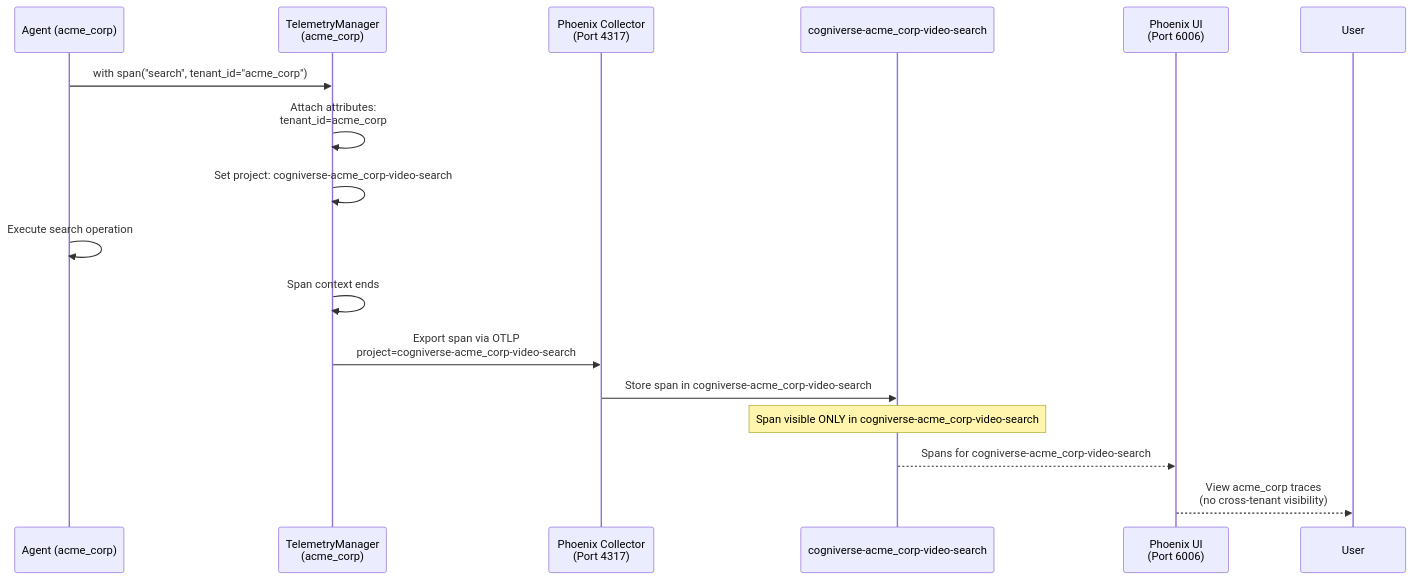
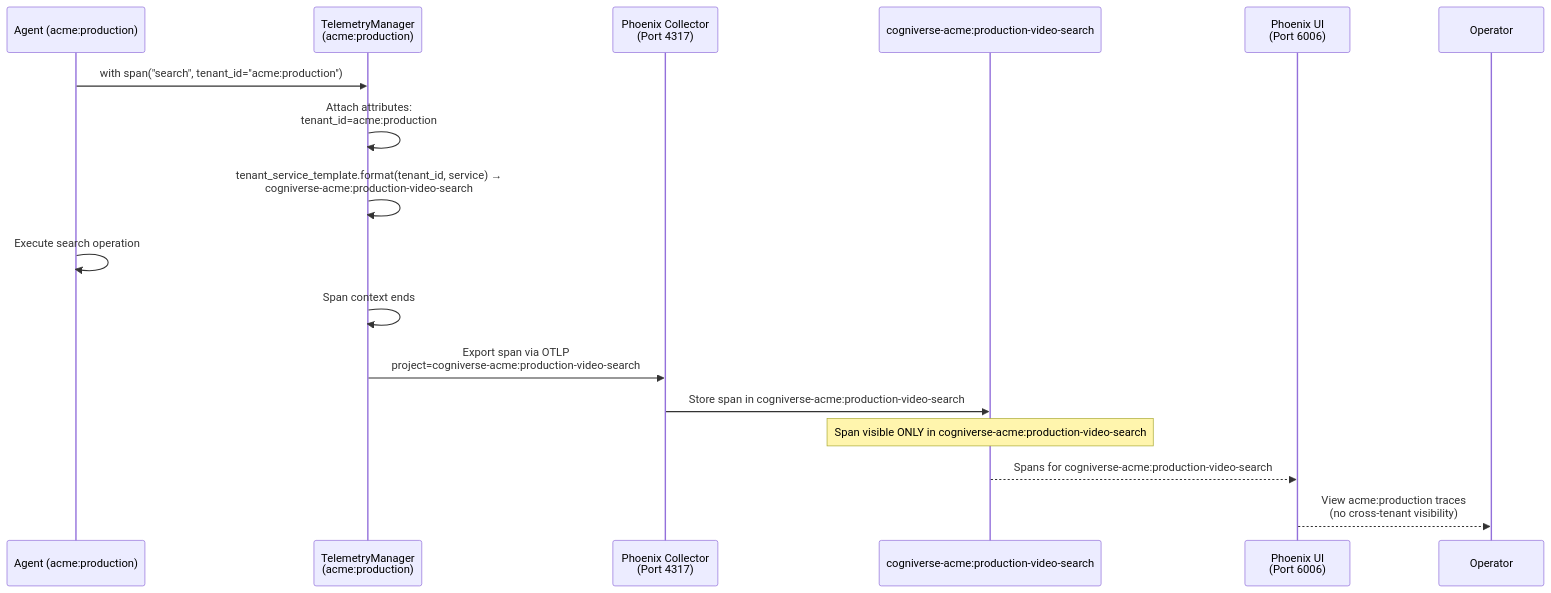
One commit to amit-jain/cogniverse changed diagram 11 of 21 in docs/diagrams/multi-tenant-diagrams.md. Above: the diagram before and after it, drawn with Mermaid. The commit also changed other lines of this file and 50 other files, not shown here.

First line of the commit message:
Complete and verify docs against code with mermaid palette

````diff
--- a/docs/diagrams/multi-tenant-diagrams.md
+++ b/docs/diagrams/multi-tenant-diagrams.md
@@ -487,23 +497,24 @@
 ```mermaid
 sequenceDiagram
-    participant AgentA as Agent (acme_corp)
-    participant TelemetryA as TelemetryManager<br/>(acme_corp)
+    participant AgentA as Agent (acme:production)
+    participant TelemetryA as TelemetryManager<br/>(acme:production)
     participant Phoenix as Phoenix Collector<br/>(Port 4317)
-    participant ProjectA as cogniverse-acme_corp-video-search
+    participant ProjectA as cogniverse-acme:production-video-search
     participant UI as Phoenix UI<br/>(Port 6006)
+    participant Operator as Operator
 
-    AgentA->>TelemetryA: with span("search", tenant_id="acme_corp")
-    TelemetryA->>TelemetryA: Attach attributes:<br/>tenant_id=acme_corp
-    TelemetryA->>TelemetryA: Set project: cogniverse-acme_corp-video-search
+    AgentA->>TelemetryA: with span("search", tenant_id="acme:production")
+    TelemetryA->>TelemetryA: Attach attributes:<br/>tenant_id=acme:production
+    TelemetryA->>TelemetryA: tenant_service_template.format(tenant_id, service) →<br/>cogniverse-acme:production-video-search
 
     AgentA->>AgentA: Execute search operation
 
     TelemetryA->>TelemetryA: Span context ends
-    TelemetryA->>Phoenix: Export span via OTLP<br/>project=cogniverse-acme_corp-video-search
-    Phoenix->>ProjectA: Store span in cogniverse-acme_corp-video-search
+    TelemetryA->>Phoenix: Export span via OTLP<br/>project=cogniverse-acme:production-video-search
+    Phoenix->>ProjectA: Store span in cogniverse-acme:production-video-search
 
-    Note over ProjectA: Span visible ONLY in cogniverse-acme_corp-video-search
+    Note over ProjectA: Span visible ONLY in cogniverse-acme:production-video-search
 
-    ProjectA-->>UI: Spans for cogniverse-acme_corp-video-search
-    UI-->>User: View acme_corp traces<br/>(no cross-tenant visibility)
+    ProjectA-->>UI: Spans for cogniverse-acme:production-video-search
+    UI-->>Operator: View acme:production traces<br/>(no cross-tenant visibility)
 ```
````
